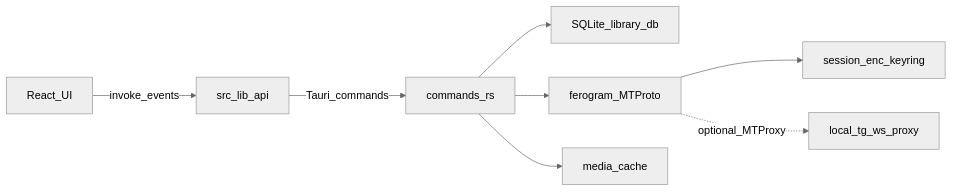
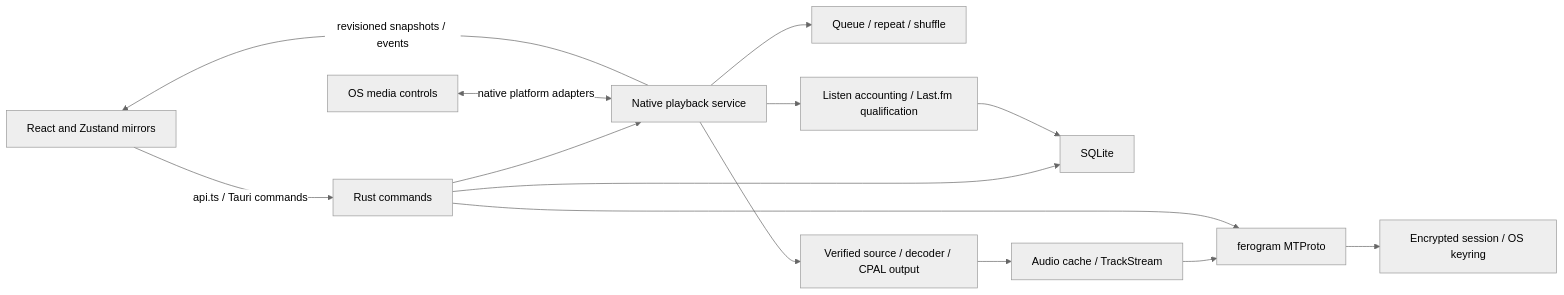
One commit to rastuhacode/soundgrammy changed the diagram in docs/architecture.md. Above: the diagram before and after it, drawn with Mermaid (neutral theme). The commit also changed other lines of this file and 21 other files, not shown here.

````diff
--- a/docs/architecture.md
+++ b/docs/architecture.md
@@ -5,10 +5,16 @@
 ```mermaid
 flowchart LR
-  UI[React_UI] -->|invoke_events| API[src_lib_api]
-  API -->|Tauri_commands| Cmds[commands_rs]
-  Cmds --> Db[SQLite_library_db]
-  Cmds --> Tg[ferogram_MTProto]
-  Cmds --> Cache[media_cache]
-  Tg --> Session[session_enc_keyring]
-  Tg -.->|optional_MTProxy| Proxy[local_tg_ws_proxy]
+  UI[React and Zustand mirrors] -->|api.ts / Tauri commands| Cmds[Rust commands]
+  Cmds --> Player[Native playback service]
+  Player -->|revisioned snapshots / events| UI
+  OS[OS media controls] <-->|native platform adapters| Player
+  Player --> Queue[Queue / repeat / shuffle]
+  Player --> Audio[Verified source / decoder / CPAL output]
+  Player --> Activity[Listen accounting / Last.fm qualification]
+  Cmds --> Db[SQLite]
+  Activity --> Db
+  Audio --> Cache[Audio cache / TrackStream]
+  Cache --> Tg[ferogram MTProto]
+  Cmds --> Tg
+  Tg --> Session[Encrypted session / OS keyring]
 ```
````
